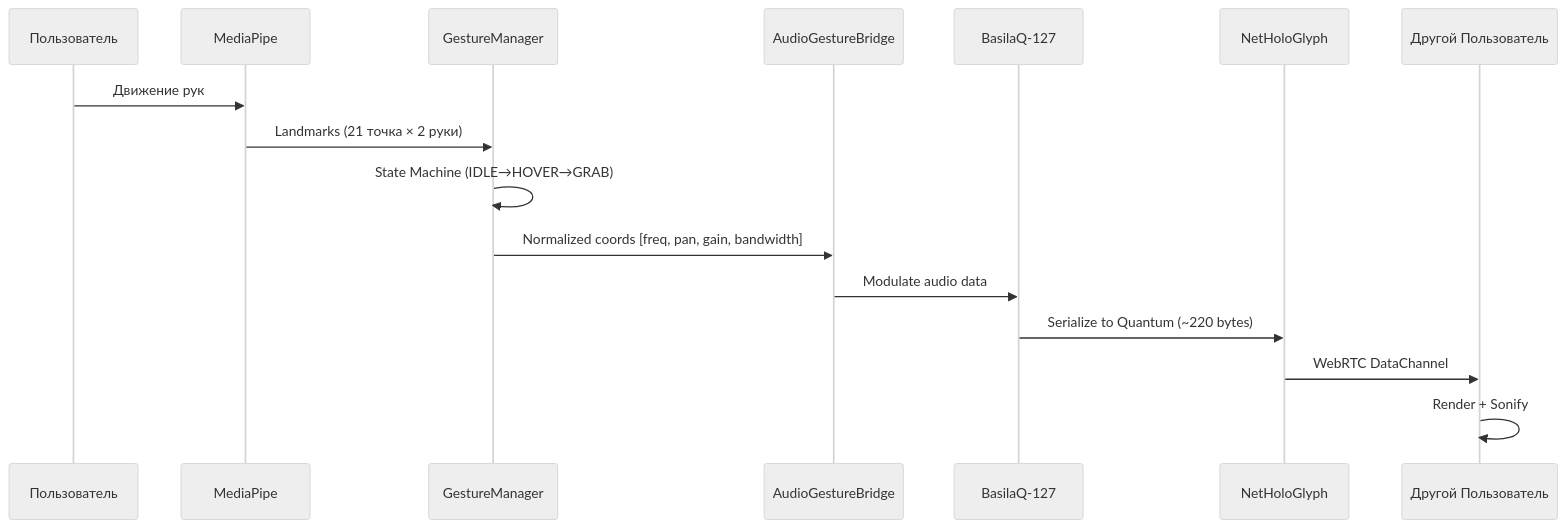
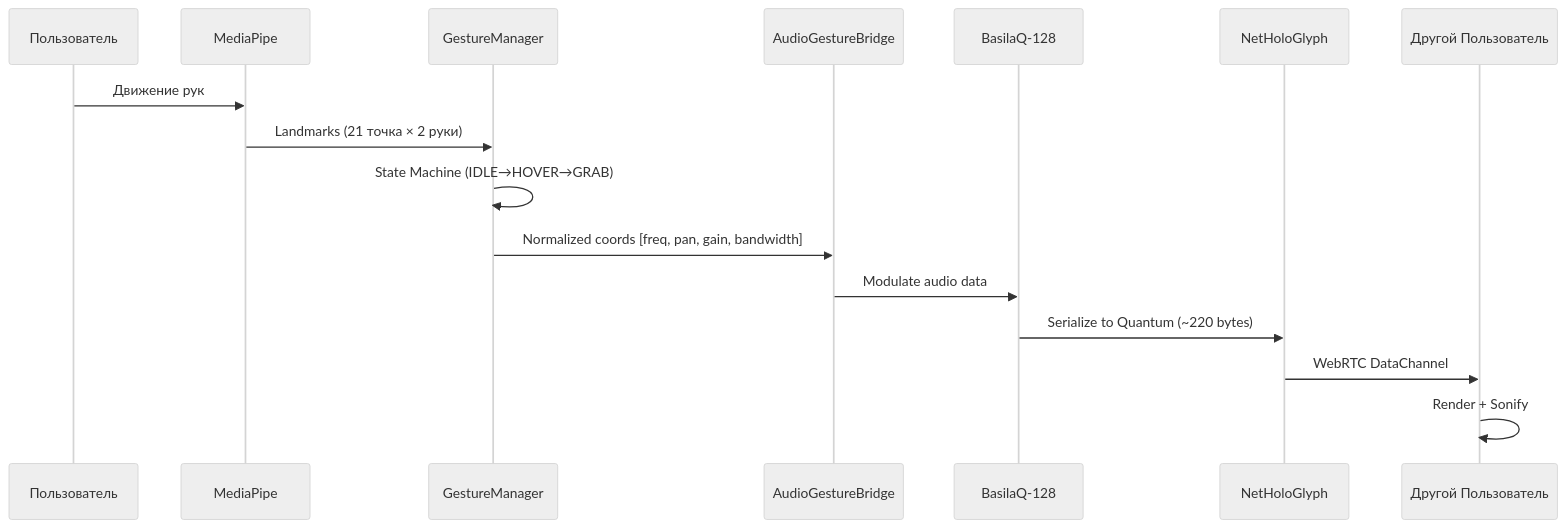
The diagram in docs/RU/Concepts/Cochlear_Cylinder_Manifesto.md (NeuroCoderZ/holograms.media), drawn with Mermaid (neutral theme) before and after one commit. The commit also changed 25 other files, not shown here.

````diff
--- a/docs/RU/Concepts/Cochlear_Cylinder_Manifesto.md
+++ b/docs/RU/Concepts/Cochlear_Cylinder_Manifesto.md
@@ -148,19 +148,19 @@
 ```mermaid
 sequenceDiagram
     participant User as Пользователь
     participant MP as MediaPipe
     participant GM as GestureManager
     participant SB as AudioGestureBridge
-    participant CQT as BasilaQ-127
+    participant CQT as BasilaQ-128
     participant Net as NetHoloGlyph
     participant Peer as Другой Пользователь
     
     User->>MP: Движение рук
     MP->>GM: Landmarks (21 точка × 2 руки)
     GM->>GM: State Machine (IDLE→HOVER→GRAB)
     GM->>SB: Normalized coords [freq, pan, gain, bandwidth]
     SB->>CQT: Modulate audio data
     CQT->>Net: Serialize to Quantum (~220 bytes)
     Net->>Peer: WebRTC DataChannel
     Peer->>Peer: Render + Sonify
 ```
````
